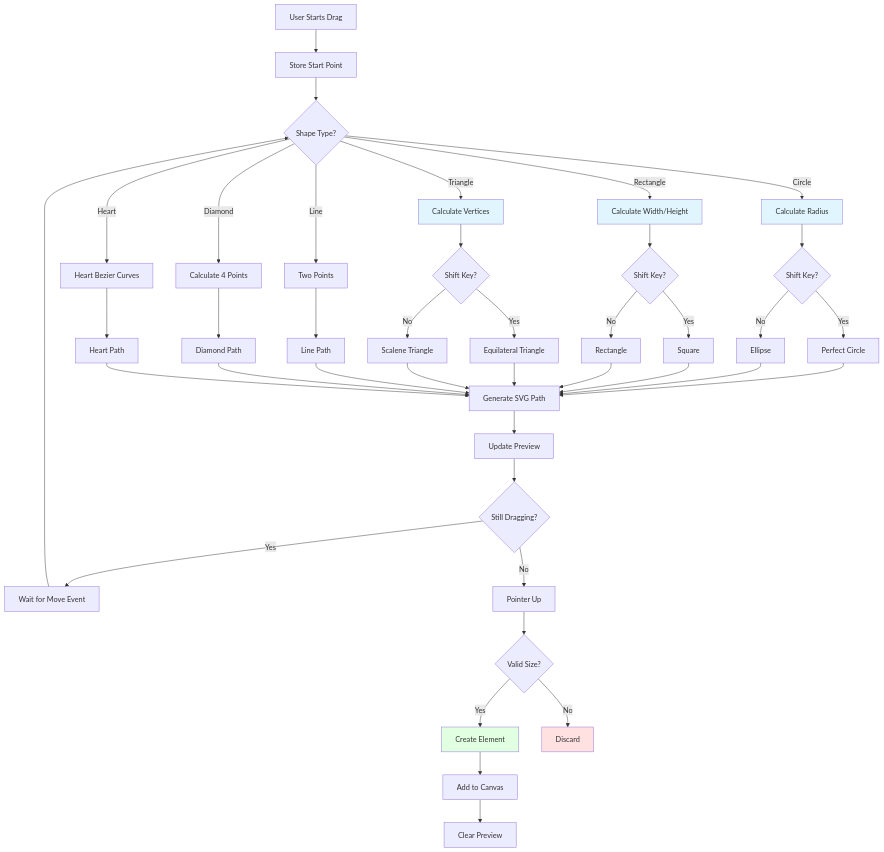
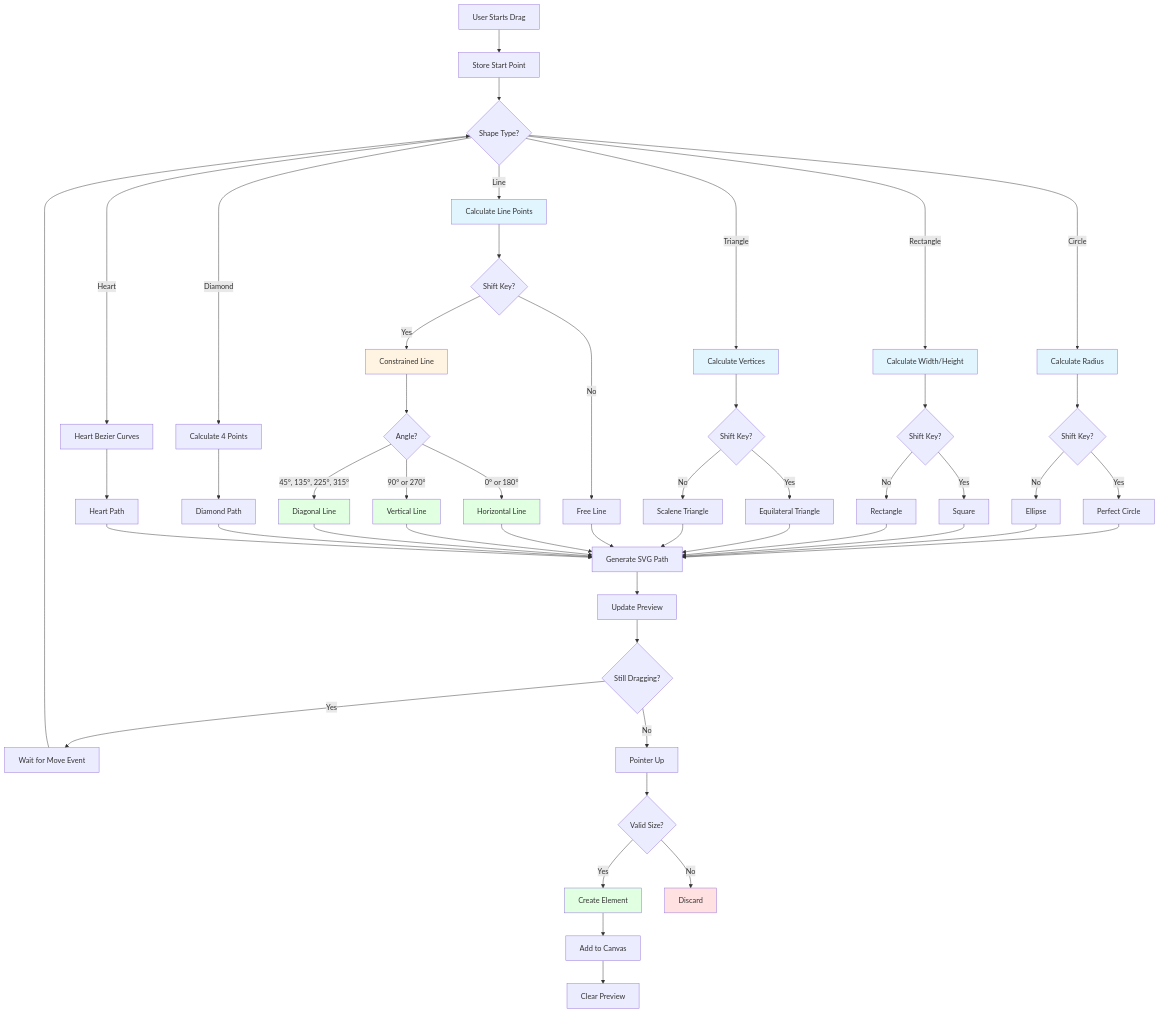
The second of 3 diagrams in doc/docs/plugins/catalog/shape.md (ekrsulov/ttpe), drawn with Mermaid before and after one commit. The commit also changed other lines of this file and 11 other files, not shown here.

````diff
--- a/doc/docs/plugins/catalog/shape.md
+++ b/doc/docs/plugins/catalog/shape.md
@@ -119,56 +122,71 @@
 ```mermaid
 flowchart TD
     A[User Starts Drag] --> B[Store Start Point]
     B --> C{Shape Type?}
     
     C -->|Circle| D1[Calculate Radius]
     C -->|Rectangle| D2[Calculate Width/Height]
     C -->|Triangle| D3[Calculate Vertices]
-    C -->|Line| D4[Two Points]
+    C -->|Line| D4[Calculate Line Points]
     C -->|Diamond| D5[Calculate 4 Points]
     C -->|Heart| D6[Heart Bezier Curves]
     
     D1 --> E1{Shift Key?}
     D2 --> E2{Shift Key?}
     D3 --> E3{Shift Key?}
+    D4 --> E4{Shift Key?}
     
     E1 -->|Yes| F1[Perfect Circle]
     E1 -->|No| F1b[Ellipse]
     E2 -->|Yes| F2[Square]
     E2 -->|No| F2b[Rectangle]
     E3 -->|Yes| F3[Equilateral Triangle]
     E3 -->|No| F3b[Scalene Triangle]
+    E4 -->|Yes| F4[Constrained Line]
+    E4 -->|No| F4b[Free Line]
     
-    D4 --> G4[Line Path]
+    F4 --> F4_1{Angle?}
+    F4_1 -->|0° or 180°| F4_H[Horizontal Line]
+    F4_1 -->|90° or 270°| F4_V[Vertical Line]
+    F4_1 -->|45°, 135°, 225°, 315°| F4_D[Diagonal Line]
+    
     D5 --> G5[Diamond Path]
     D6 --> G6[Heart Path]
     
     F1 --> H[Generate SVG Path]
     F1b --> H
     F2 --> H
     F2b --> H
     F3 --> H
     F3b --> H
-    G4 --> H
+    F4b --> H
+    F4_H --> H
+    F4_V --> H
+    F4_D --> H
     G5 --> H
     G6 --> H
     
     H --> I[Update Preview]
     I --> J{Still Dragging?}
     J -->|Yes| K[Wait for Move Event]
     K --> C
     J -->|No| L[Pointer Up]
     
     L --> M{Valid Size?}
     M -->|Yes| N[Create Element]
     M -->|No| O[Discard]
     
     N --> P[Add to Canvas]
     P --> Q[Clear Preview]
     
     style D1 fill:#e1f5ff
     style D2 fill:#e1f5ff
     style D3 fill:#e1f5ff
+    style D4 fill:#e1f5ff
+    style F4 fill:#fff4e1
+    style F4_H fill:#e1ffe1
+    style F4_V fill:#e1ffe1
+    style F4_D fill:#e1ffe1
     style N fill:#e1ffe1
     style O fill:#ffe1e1
 ```
````
